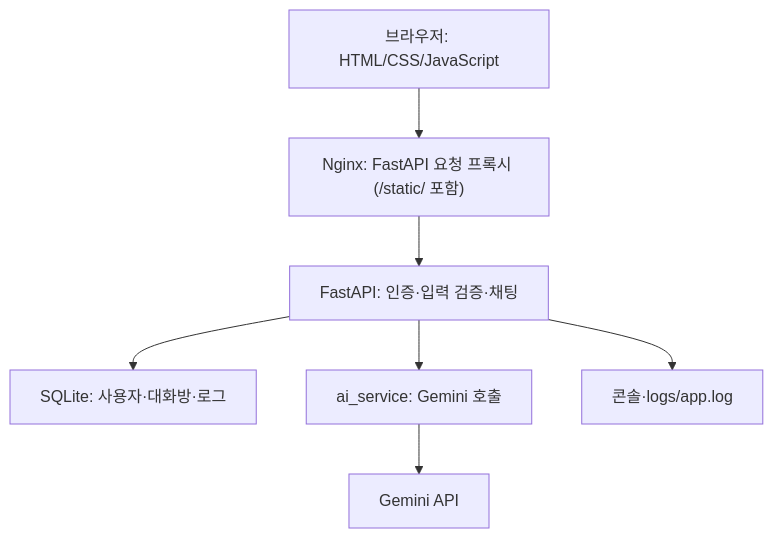
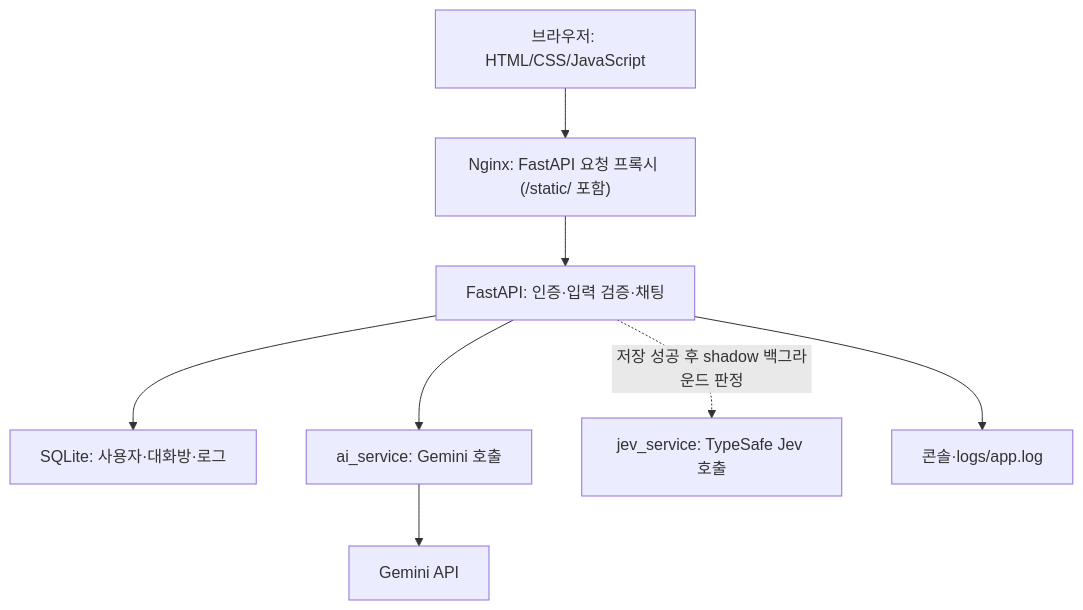
Before and after one commit to AI-SW-Basic-B7-1/7-1: the diagram in README.md, drawn with Mermaid. The commit also changed other lines of this file and 5 other files, not shown here.

````diff
--- a/README.md
+++ b/README.md
@@ -64,9 +64,10 @@
 ```mermaid
 flowchart TD
     Browser["브라우저: HTML/CSS/JavaScript"] --> Nginx["Nginx: FastAPI 요청 프록시 (/static/ 포함)"]
     Nginx --> API["FastAPI: 인증·입력 검증·채팅"]
     API --> DB["SQLite: 사용자·대화방·로그"]
     API --> AI["ai_service: Gemini 호출"]
     AI --> Gemini["Gemini API"]
+    API -. "저장 성공 후 shadow 백그라운드 판정" .-> Jev["jev_service: TypeSafe Jev 호출"]
     API --> Log["콘솔·logs/app.log"]
 ```
````
